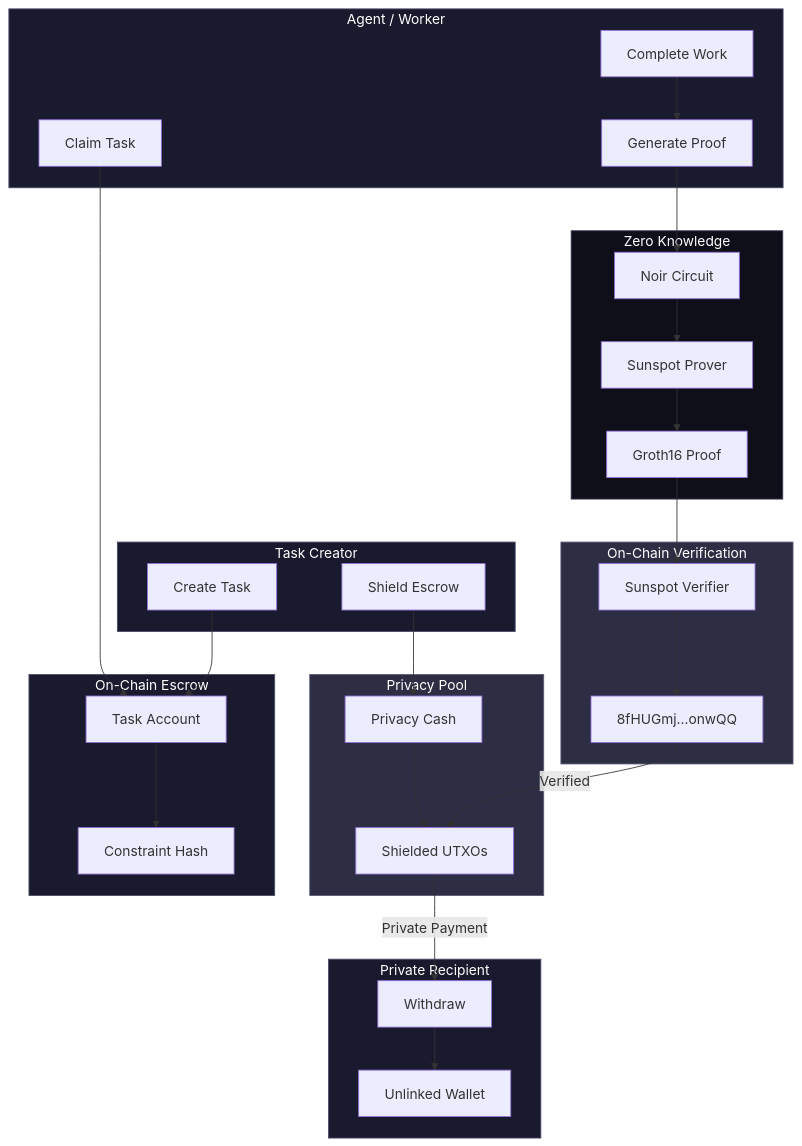
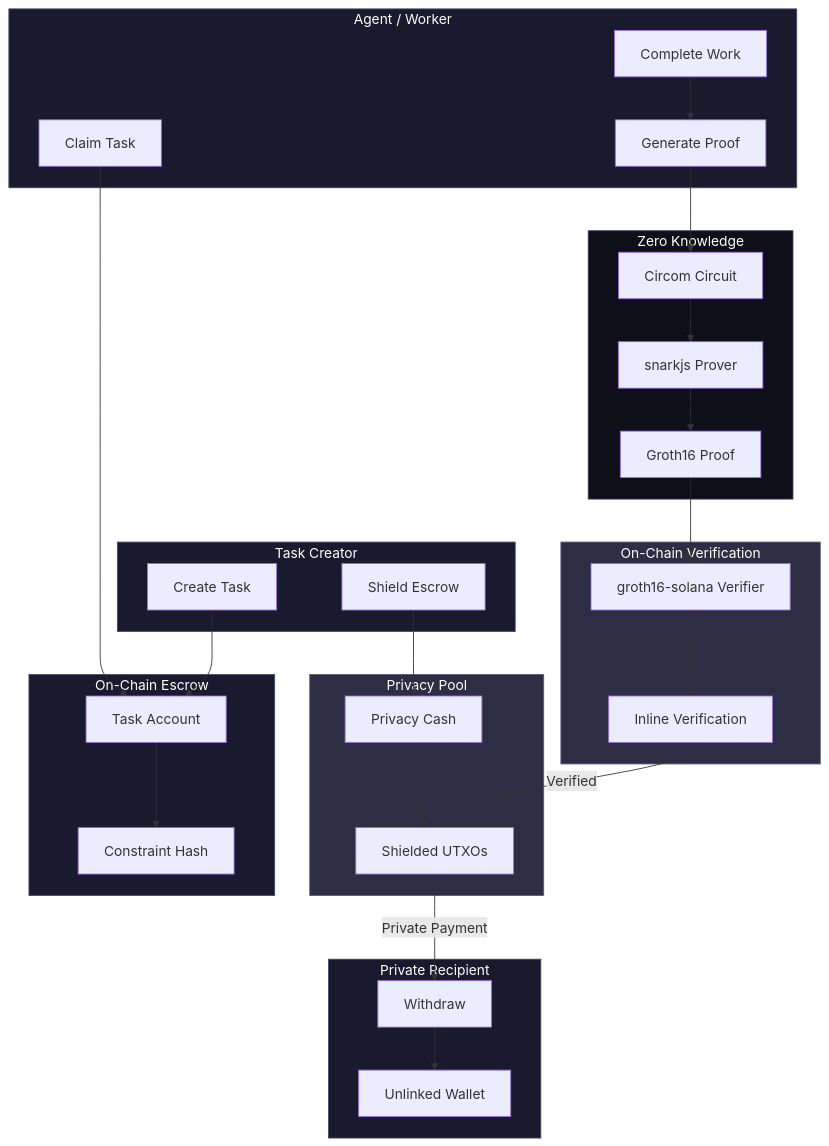
The first of 2 diagrams in docs/architecture.md (tetsuo-ai/AgenC), drawn with Mermaid before and after one commit. The commit also changed other lines of this file and 10 other files, not shown here.

Commit message:
docs: remove Sunspot references, update to groth16-solana

````diff
--- a/docs/architecture.md
+++ b/docs/architecture.md
@@ -7,64 +7,64 @@
 ```mermaid
 flowchart TB
     subgraph Creator["Task Creator"]
         C1[Create Task]
         C2[Shield Escrow]
     end
 
     subgraph Escrow["On-Chain Escrow"]
         E1[Task Account]
         E2[Constraint Hash]
     end
 
     subgraph Privacy["Privacy Pool"]
         P1[Privacy Cash]
         P2[Shielded UTXOs]
     end
 
     subgraph Agent["Agent / Worker"]
         A1[Claim Task]
         A2[Complete Work]
         A3[Generate Proof]
     end
 
     subgraph ZK["Zero Knowledge"]
-        Z1[Noir Circuit]
-        Z2[Sunspot Prover]
+        Z1[Circom Circuit]
+        Z2[snarkjs Prover]
         Z3[Groth16 Proof]
     end
 
     subgraph Verify["On-Chain Verification"]
-        V1[Sunspot Verifier]
-        V2[8fHUGmj...onwQQ]
+        V1[groth16-solana Verifier]
+        V2[Inline Verification]
     end
 
     subgraph Recipient["Private Recipient"]
         R1[Withdraw]
         R2[Unlinked Wallet]
     end
 
     C1 --> E1
     C2 --> P1
     E1 --> E2
     P1 --> P2
 
     A1 --> E1
     A2 --> A3
     A3 --> Z1
     Z1 --> Z2
     Z2 --> Z3
     Z3 --> V1
     V1 --> V2
 
     V2 -->|Verified| P2
     P2 -->|Private Payment| R1
     R1 --> R2
 
     style Creator fill:#1a1a2e,stroke:#4a4a6a,color:#fff
     style Escrow fill:#1a1a2e,stroke:#4a4a6a,color:#fff
     style Privacy fill:#2d2d44,stroke:#5a5a7a,color:#fff
     style Agent fill:#1a1a2e,stroke:#4a4a6a,color:#fff
     style ZK fill:#0f0f1a,stroke:#3a3a5a,color:#fff
     style Verify fill:#2d2d44,stroke:#5a5a7a,color:#fff
     style Recipient fill:#1a1a2e,stroke:#4a4a6a,color:#fff
 ```
````
